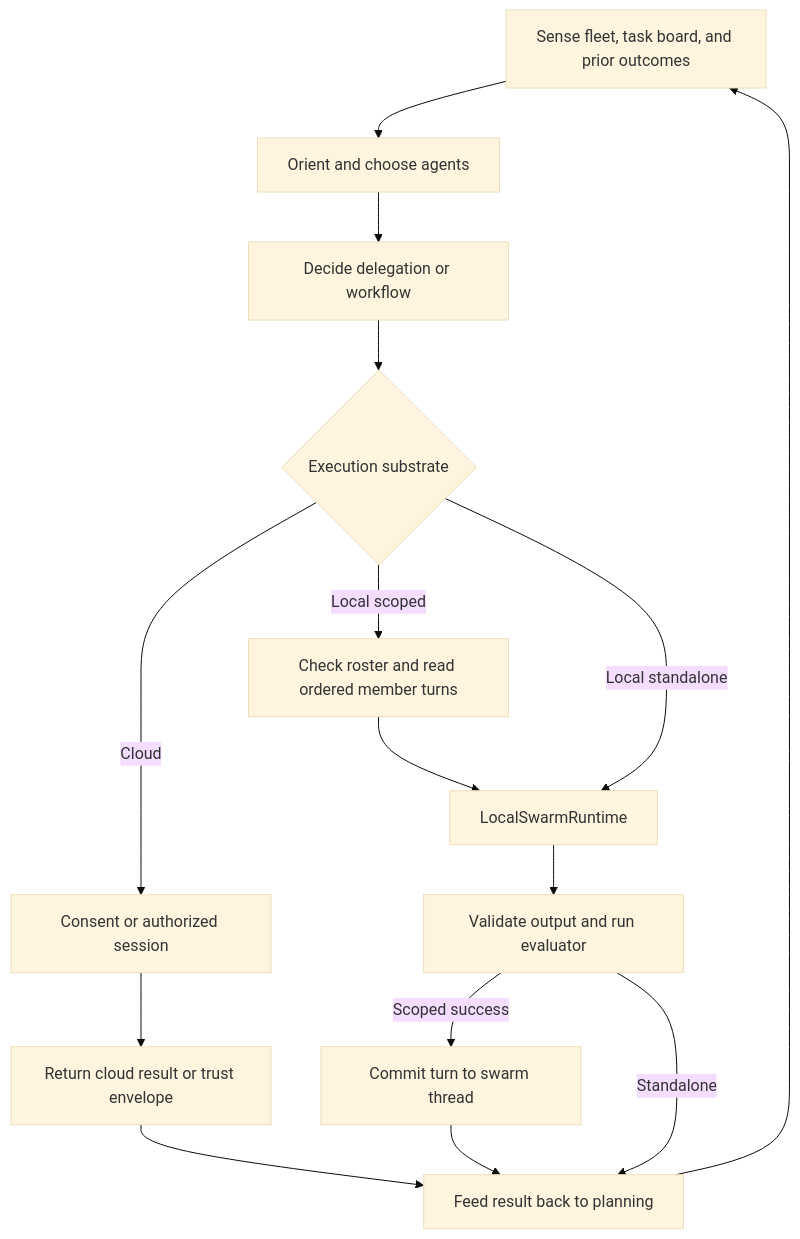
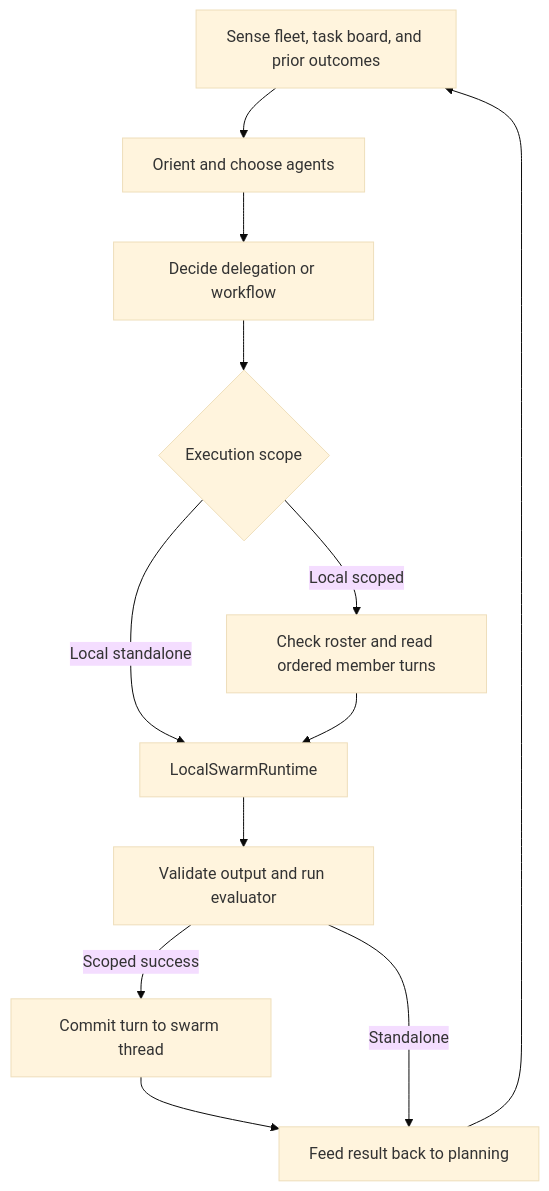
One commit to mdz-axo/zed-kask changed the diagram in kask/docs/diataxis/swarm_system/explanation.md. Above: the diagram before and after it, drawn with Mermaid (base theme). The commit also changed other lines of this file and 31 other files, not shown here.

````diff
--- a/kask/docs/diataxis/swarm_system/explanation.md
+++ b/kask/docs/diataxis/swarm_system/explanation.md
@@ -35,17 +35,14 @@
 ```mermaid
 flowchart TD
     S[Sense fleet, task board, and prior outcomes] --> O[Orient and choose agents]
     O --> D[Decide delegation or workflow]
-    D --> A{Execution substrate}
-    A -->|Cloud| C[Consent or authorized session]
+    D --> A{Execution scope}
     A -->|Local scoped| T[Check roster and read ordered member turns]
     A -->|Local standalone| L[LocalSwarmRuntime]
     T --> L
-    C --> R[Return cloud result or trust envelope]
     L --> V[Validate output and run evaluator]
     V -->|Scoped success| J[Commit turn to swarm thread]
     J --> F[Feed result back to planning]
-    R --> F
     V -->|Standalone| F
     F --> S
 ```
````
